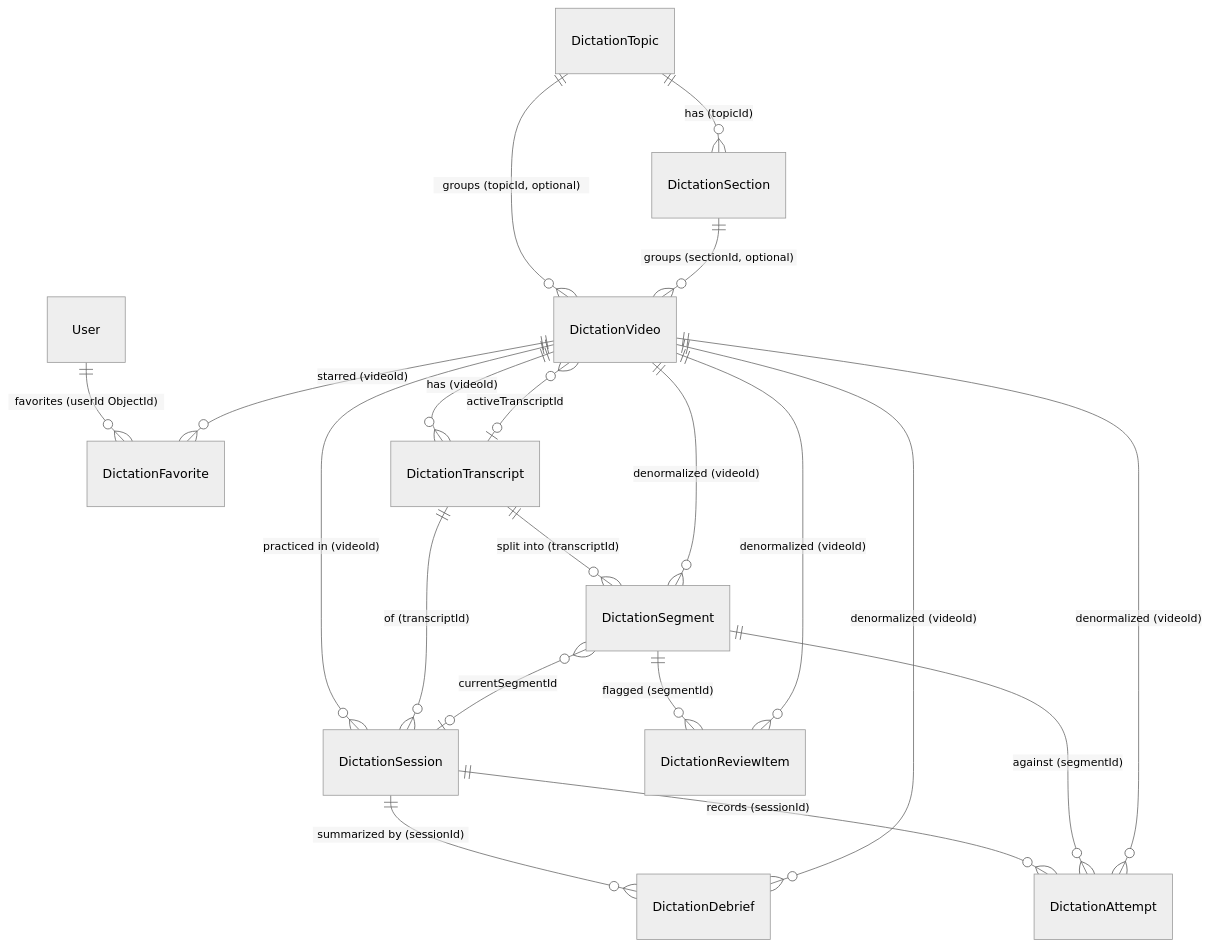
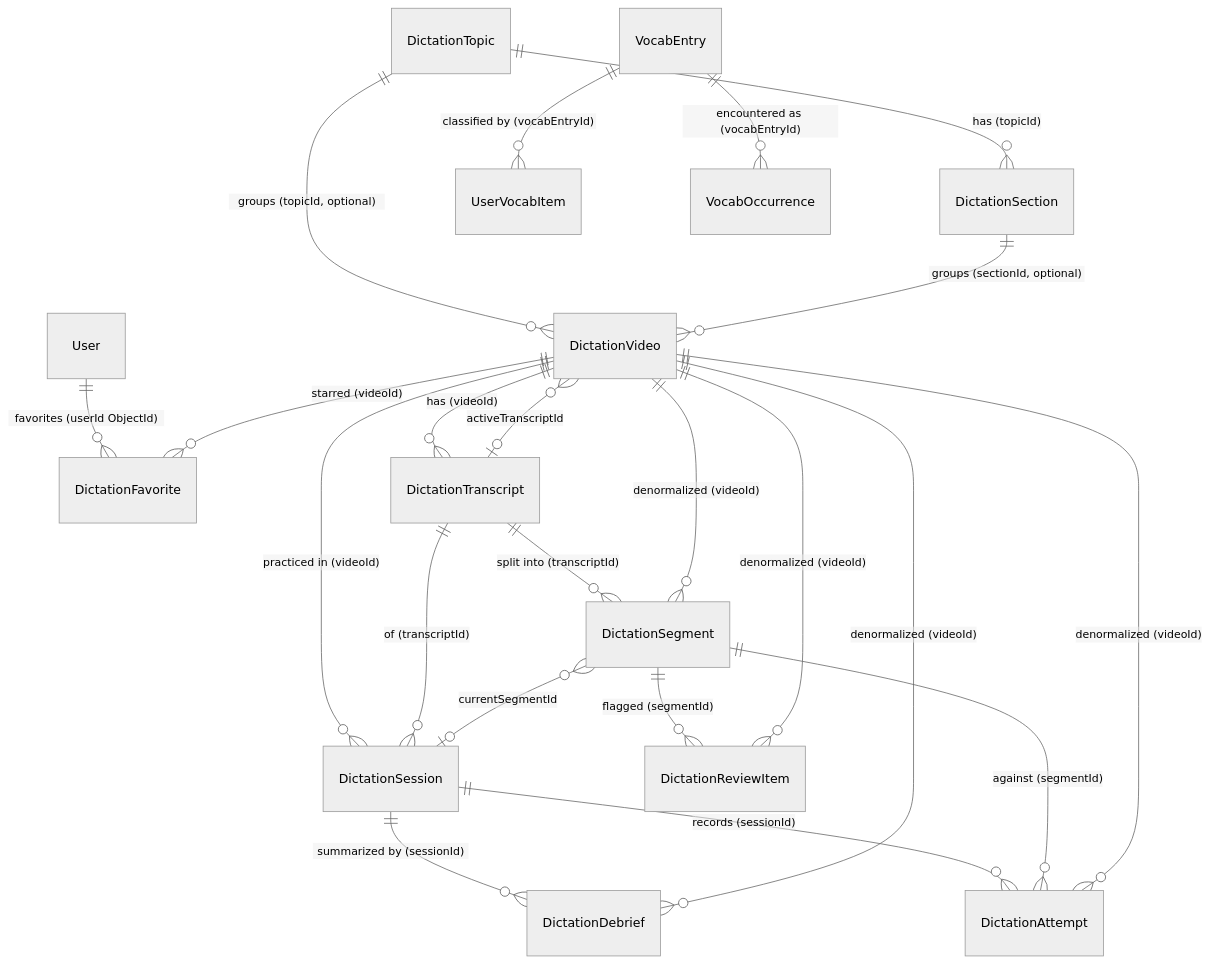
Before and after one commit to NaKMiers/English_For_Only_Me: the diagram in docs/03-data-model.md, drawn with Mermaid (neutral theme). The commit also changed other lines of this file and 67 other files, not shown here.

````diff
--- a/docs/03-data-model.md
+++ b/docs/03-data-model.md
@@ -54,29 +56,32 @@
 ```mermaid
 erDiagram
     User ||--o{ DictationFavorite : "favorites (userId ObjectId)"
 
     DictationTopic ||--o{ DictationSection : "has (topicId)"
     DictationTopic ||--o{ DictationVideo : "groups (topicId, optional)"
     DictationSection ||--o{ DictationVideo : "groups (sectionId, optional)"
 
     DictationVideo ||--o{ DictationTranscript : "has (videoId)"
     DictationVideo }o--o| DictationTranscript : "activeTranscriptId"
     DictationTranscript ||--o{ DictationSegment : "split into (transcriptId)"
     DictationVideo ||--o{ DictationSegment : "denormalized (videoId)"
 
     DictationVideo ||--o{ DictationSession : "practiced in (videoId)"
     DictationTranscript ||--o{ DictationSession : "of (transcriptId)"
     DictationSegment }o--o| DictationSession : "currentSegmentId"
 
     DictationSession ||--o{ DictationAttempt : "records (sessionId)"
     DictationSegment ||--o{ DictationAttempt : "against (segmentId)"
     DictationVideo ||--o{ DictationAttempt : "denormalized (videoId)"
 
     DictationSegment ||--o{ DictationReviewItem : "flagged (segmentId)"
     DictationVideo ||--o{ DictationReviewItem : "denormalized (videoId)"
 
     DictationSession ||--o{ DictationDebrief : "summarized by (sessionId)"
     DictationVideo ||--o{ DictationDebrief : "denormalized (videoId)"
 
     DictationVideo ||--o{ DictationFavorite : "starred (videoId)"
+
+    VocabEntry ||--o{ UserVocabItem : "classified by (vocabEntryId)"
+    VocabEntry ||--o{ VocabOccurrence : "encountered as (vocabEntryId)"
 ```
````
